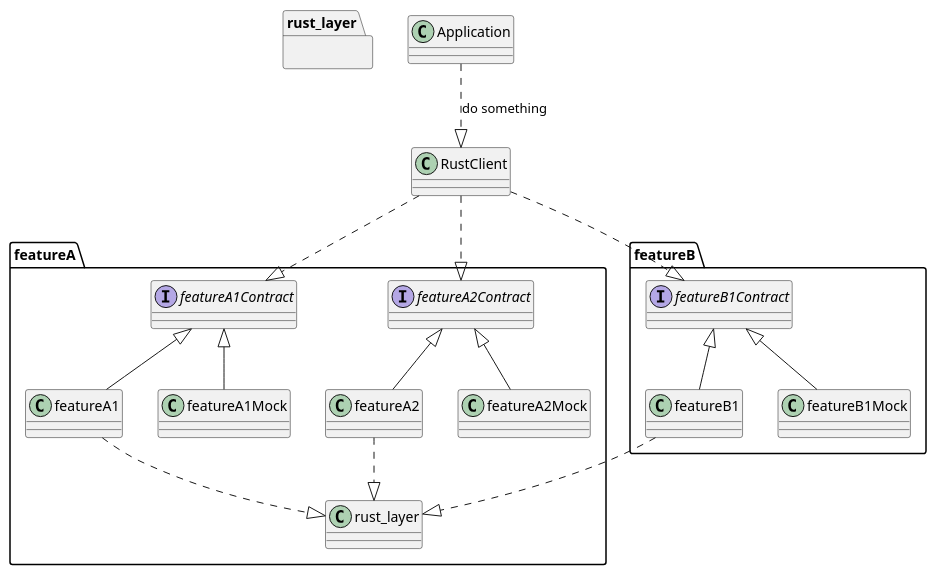
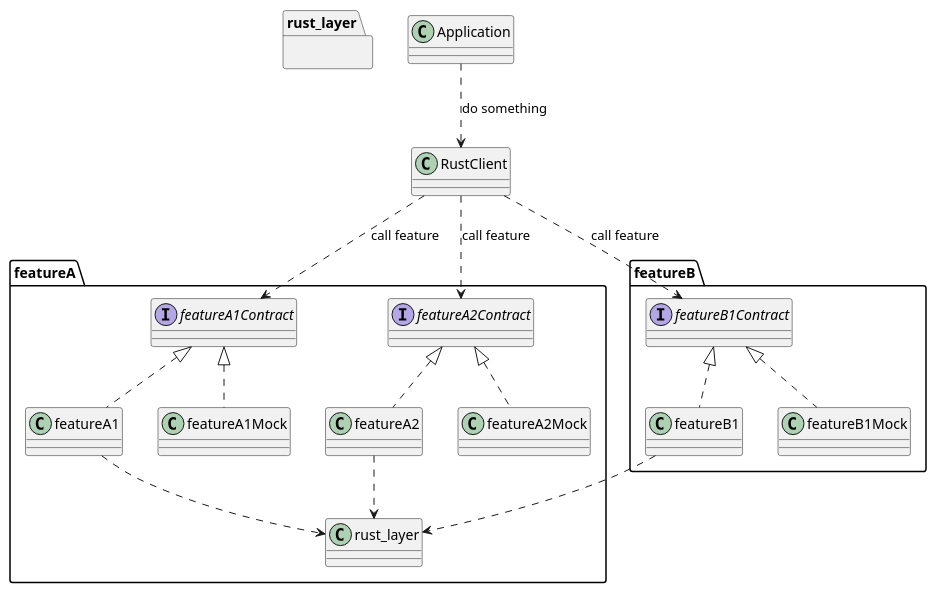
Before and after one commit to cryptoeconomicslab/plasma-android-sdk: the diagram in assets/uml/architecute_sample.pu, drawn with PlantUML. The commit also changed 1 other file, not shown here.

Commit message:
[Fix] change realization to dependency in uml

```diff
--- a/assets/uml/architecute_sample.pu
+++ b/assets/uml/architecute_sample.pu
@@ -1,30 +1,30 @@
 @startuml
 package "featureA" {
   interface featureA1Contract
   interface featureA2Contract
-  featureA1Contract <|-- featureA1
-  featureA1Contract <|-- featureA1Mock
-  featureA2Contract <|-- featureA2
-  featureA2Contract <|-- featureA2Mock
-  featureA1 ..|> rust_layer
-  featureA2 ..|> rust_layer
+  featureA1Contract <|.. featureA1
+  featureA1Contract <|.. featureA1Mock
+  featureA2Contract <|.. featureA2
+  featureA2Contract <|.. featureA2Mock
+  featureA1 ..> rust_layer
+  featureA2 ..> rust_layer
 }
 
 package "featureB" {
   interface featureB1Contract
-  featureB1Contract <|-- featureB1
-  featureB1Contract <|-- featureB1Mock
-  featureB1 ..|> rust_layer
+  featureB1Contract <|.. featureB1
+  featureB1Contract <|.. featureB1Mock
+  featureB1 ..> rust_layer
 }
 
 package rust_layer {
 
 }
 
-Application ..|> RustClient : do something
-RustClient ..|> featureA1Contract
-RustClient ..|> featureA2Contract
-RustClient ..|> featureB1Contract
+Application ..> RustClient : do something
+RustClient ..> featureA1Contract : call feature
+RustClient ..> featureA2Contract : call feature
+RustClient ..> featureB1Contract : call feature
 
 
 @enduml
```
